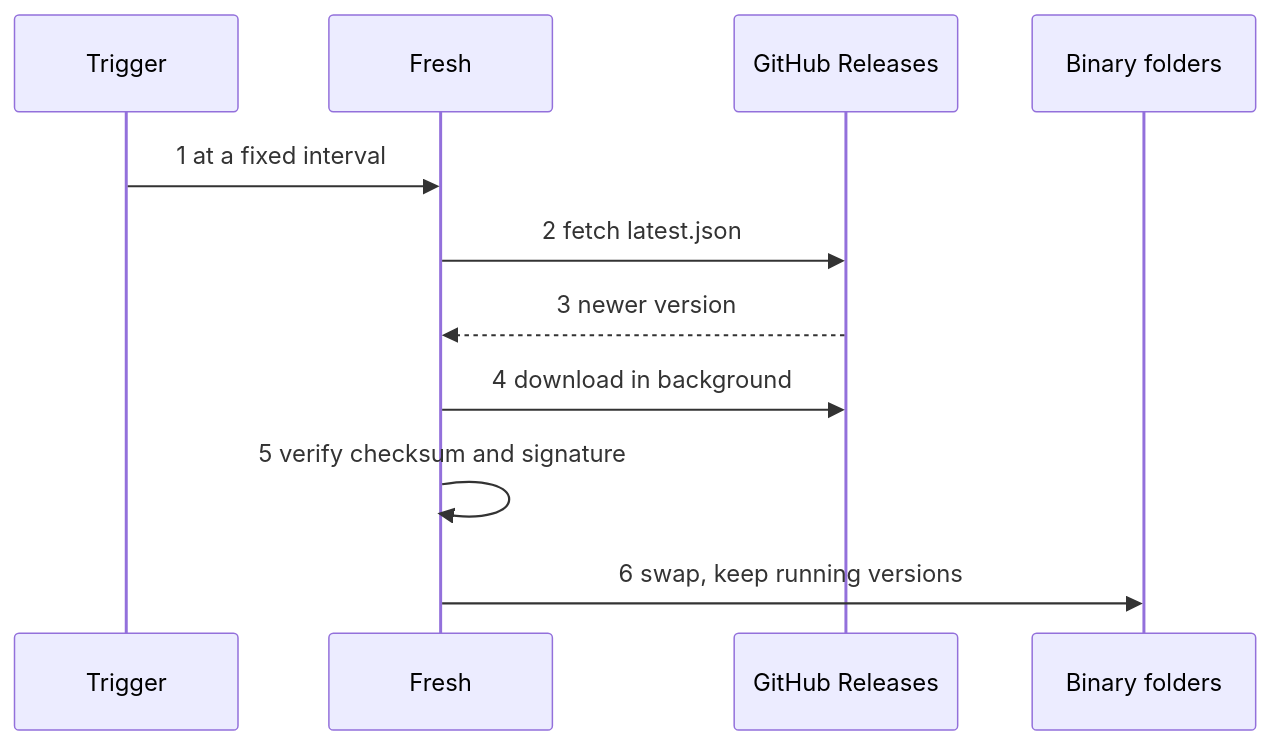
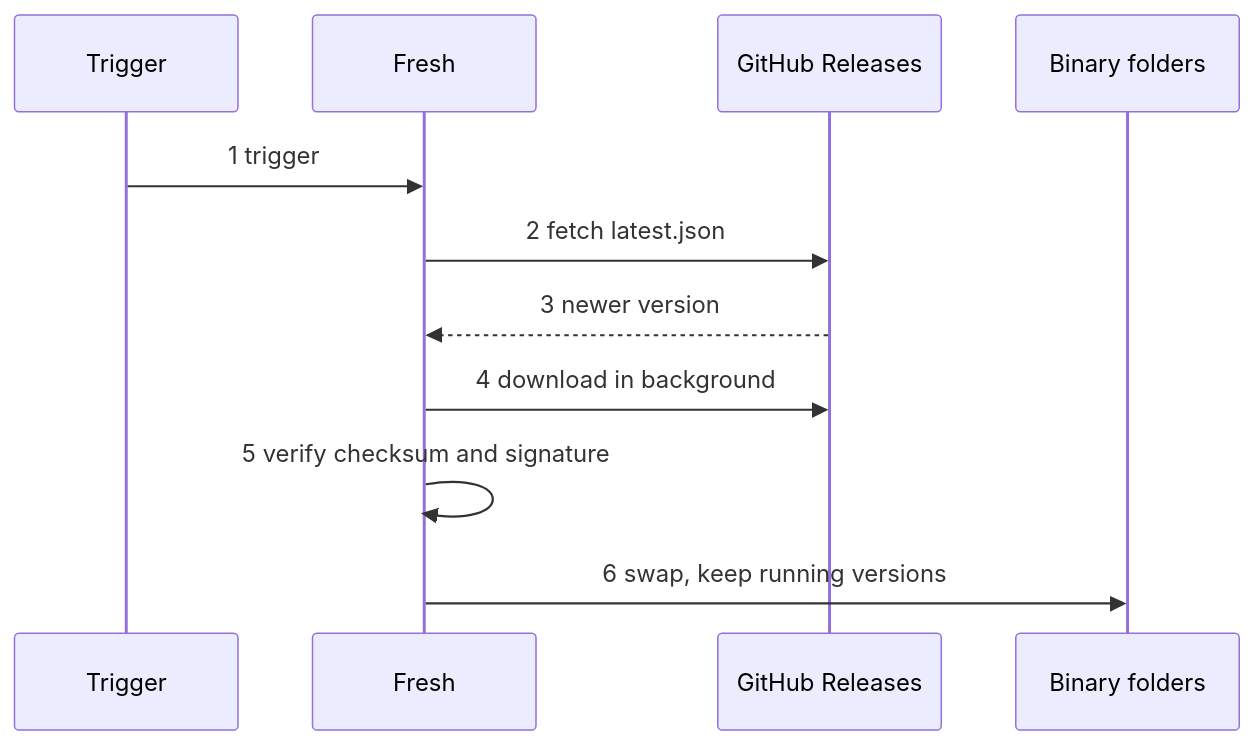
One commit to rdevitto86/komodo-agentic-harness-coding changed diagram 30 of 45 in docs/hld.md. Above: the diagram before and after it, drawn with Mermaid. The commit also changed other lines of this file, not shown here.

````diff
--- a/docs/hld.md
+++ b/docs/hld.md
@@ -1420,13 +1419,13 @@
 ```mermaid
 sequenceDiagram
   participant T as Trigger
   participant F as Fresh
   participant G as GitHub Releases
   participant B as Binary folders
-  T->>F: 1 at a fixed interval
+  T->>F: 1 trigger
   F->>G: 2 fetch latest.json
   G-->>F: 3 newer version
   F->>G: 4 download in background
   F->>F: 5 verify checksum and signature
   F->>B: 6 swap, keep running versions
 ```
````
